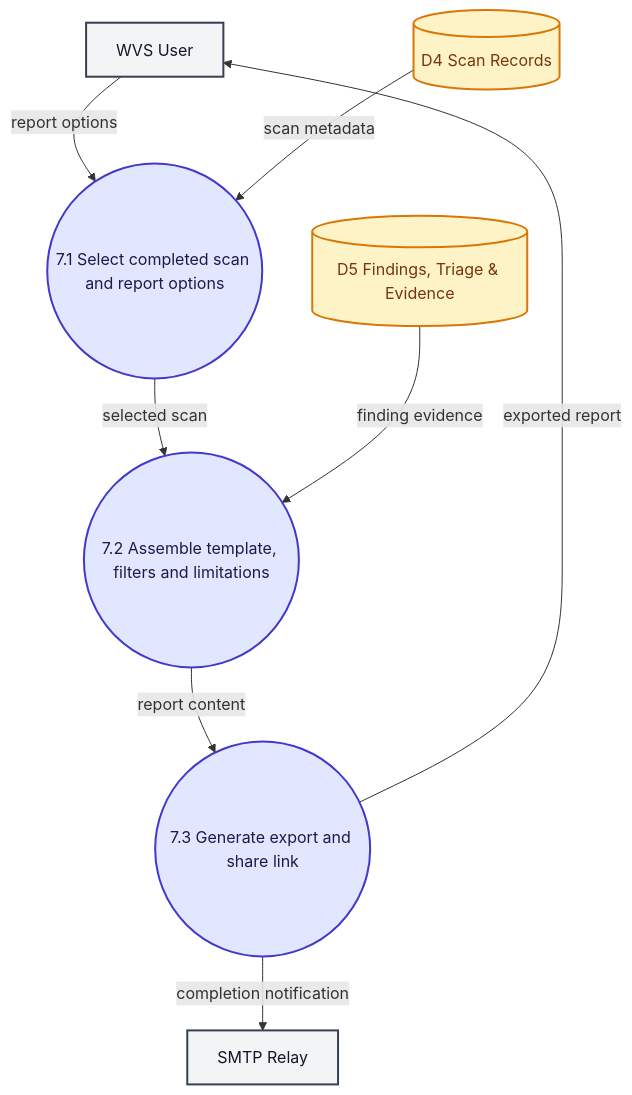
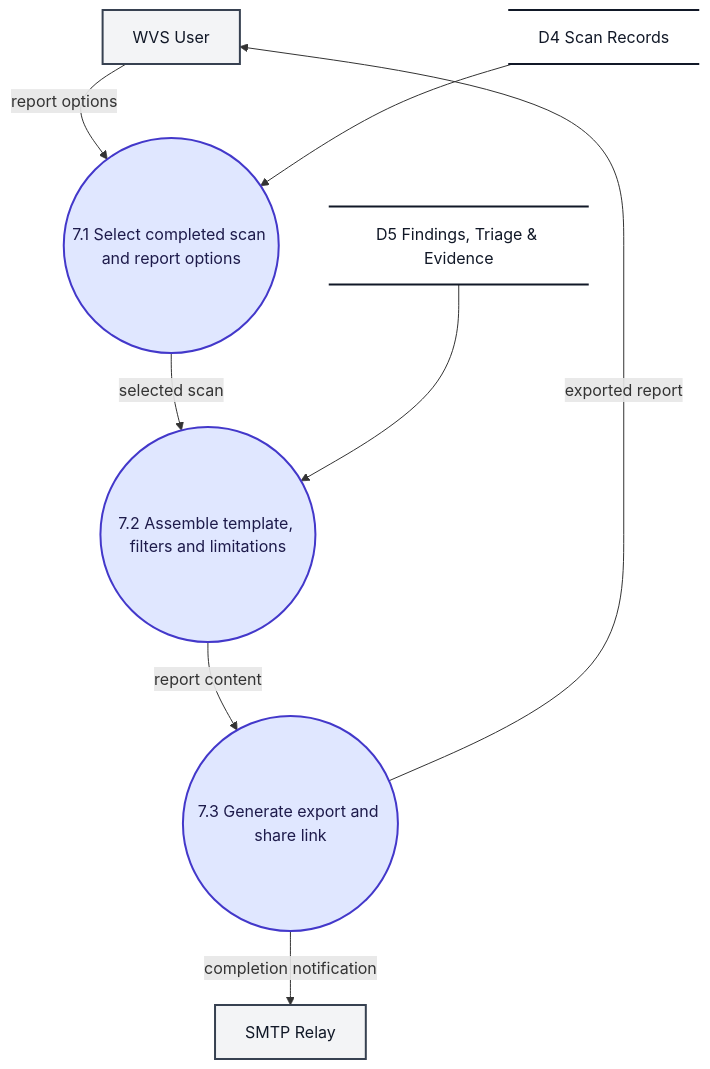
Before and after one commit to ksacheth/software-engineering: the ninth of 10 diagrams in docs/Website_Vulnerability_Scanner_DFD.md, drawn with Mermaid. The commit also changed other lines of this file and 25 other files, not shown here.

Commit message:
docs(dfd): standardize data store flows

````diff
--- a/docs/Website_Vulnerability_Scanner_DFD.md
+++ b/docs/Website_Vulnerability_Scanner_DFD.md
@@ -363,31 +371,31 @@
 ```mermaid
 flowchart TD
     %% Level 2 DFD - F.7 Reporting and Export
 
     User["WVS User"]
     SMTP["SMTP Relay"]
 
     P71(("7.1 Select completed scan and report options"))
     P72(("7.2 Assemble template, filters and limitations"))
     P73(("7.3 Generate export and share link"))
 
-    D4[("D4 Scan Records")]
-    D5[("D5 Findings, Triage & Evidence")]
+    D4@{ shape: datastore, label: "D4 Scan Records" }
+    D5@{ shape: datastore, label: "D5 Findings, Triage & Evidence" }
 
     User -->|"report options"| P71
     P71 -->|"selected scan"| P72
     P72 -->|"report content"| P73
     P73 -->|"exported report"| User
 
-    D4 -->|"scan metadata"| P71
-    D5 -->|"finding evidence"| P72
+    D4 --> P71
+    D5 --> P72
     P73 -->|"completion notification"| SMTP
 
     %% Styling
     classDef process fill:#e0e7ff,stroke:#4338ca,stroke-width:2px,color:#1e1b4b;
     classDef entity fill:#f3f4f6,stroke:#374151,stroke-width:2px,color:#111827;
-    classDef store fill:#fef3c7,stroke:#d97706,stroke-width:2px,color:#78350f;
+    classDef store fill:transparent,stroke:#111827,stroke-width:2px,color:#111827;
     class P71,P72,P73 process;
     class User,SMTP entity;
     class D4,D5 store;
 ```
````
